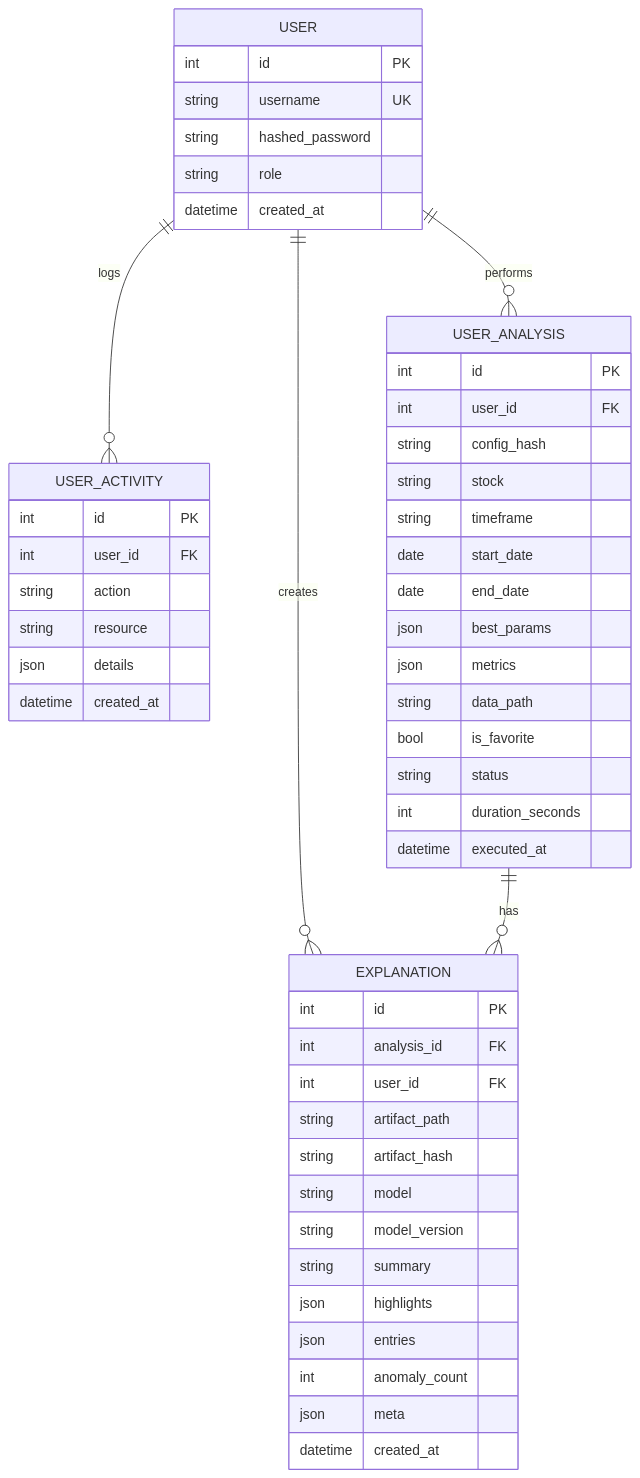
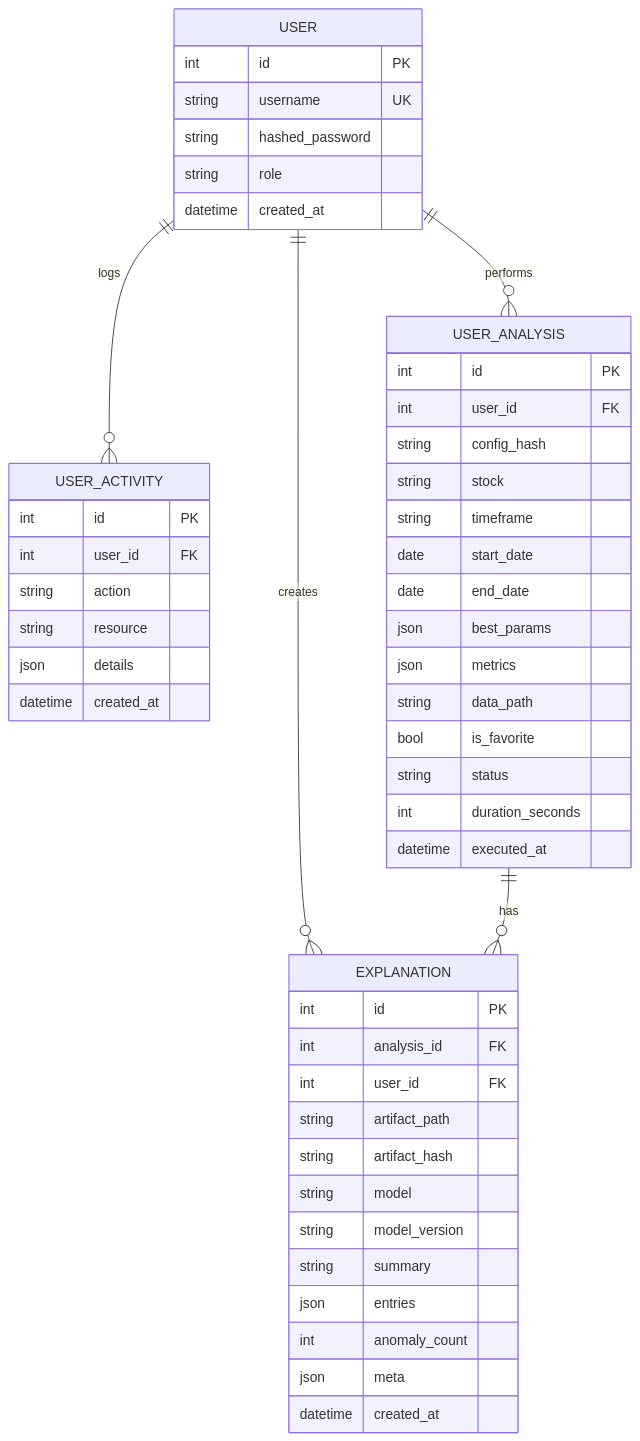
One commit to rey-tan/Anomaly-Detection changed the first of 12 diagrams in AnomalyEngine/docs/DIAGRAMS.md. Above: the diagram before and after it, drawn with Mermaid. The commit also changed other lines of this file and 98 other files, not shown here.

Commit message:
finish diagramming

````diff
--- a/AnomalyEngine/docs/DIAGRAMS.md
+++ b/AnomalyEngine/docs/DIAGRAMS.md
@@ -21,63 +21,62 @@
 ```mermaid
 
 
 erDiagram
 
   USER {
     int id PK
     string username UK
     string hashed_password
     string role
     datetime created_at
   }
 
   USER_ACTIVITY {
     int id PK
     int user_id FK
     string action
     string resource
     json details
     datetime created_at
   }
 
   USER_ANALYSIS {
     int id PK
     int user_id FK
     string config_hash
     string stock
     string timeframe
     date start_date
     date end_date
     json best_params
     json metrics
     string data_path
     bool is_favorite
     string status
     int duration_seconds
     datetime executed_at
   }
 
 
   EXPLANATION {
     int id PK
     int analysis_id FK
     int user_id FK
     string artifact_path
     string artifact_hash
     string model
     string model_version
     string summary
-    json highlights
     json entries
     int anomaly_count
     json meta
     datetime created_at
   }
 
   USER ||--o{ USER_ACTIVITY : logs
   USER ||--o{ USER_ANALYSIS : performs
   USER ||--o{ EXPLANATION : creates
   USER_ANALYSIS ||--o{ EXPLANATION : has
 
 
 ```
````
